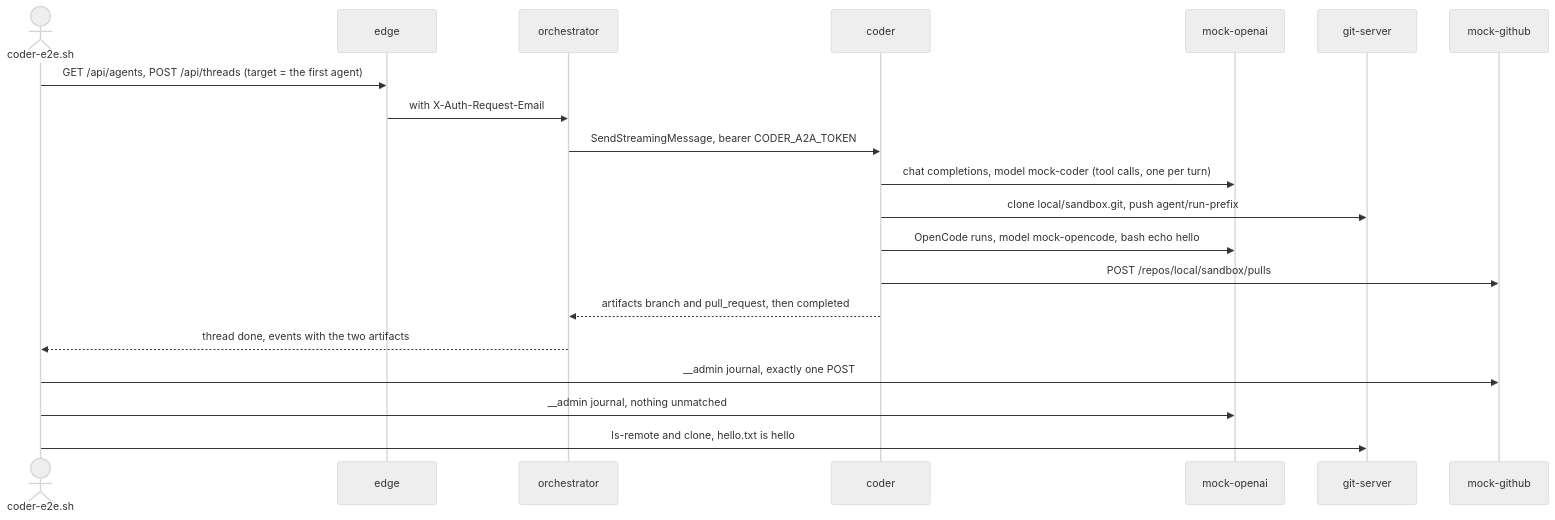
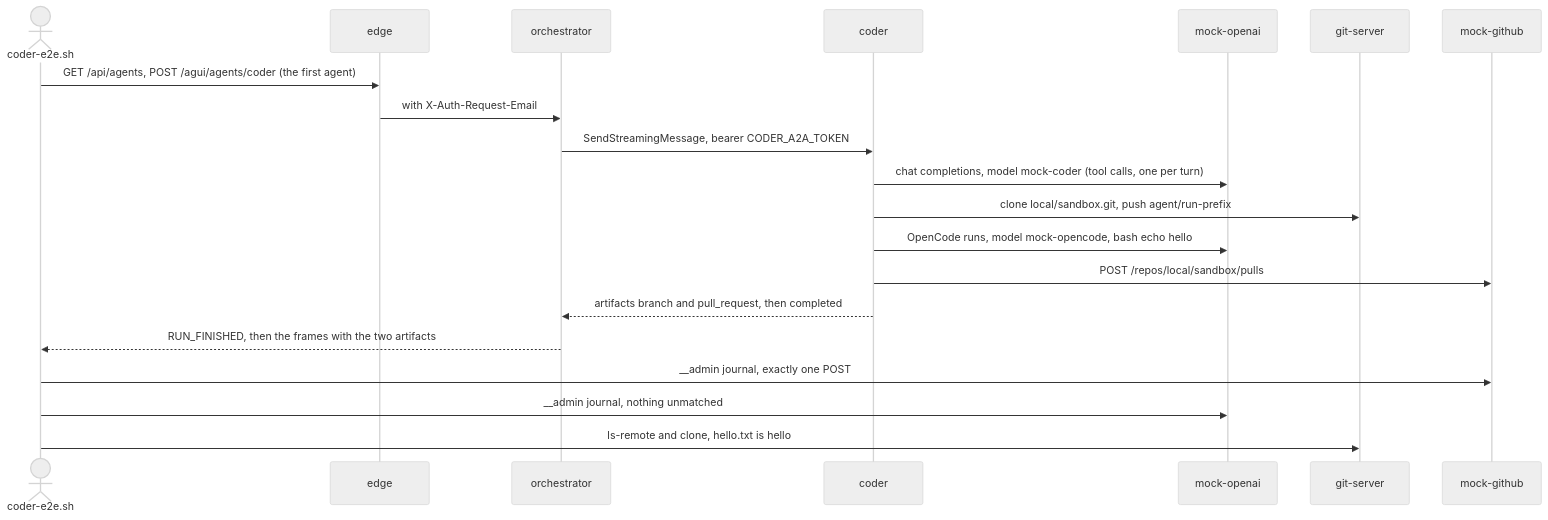
One commit to vymalo/another-agentic-system changed the second of 6 diagrams in dev/README.md. Above: the diagram before and after it, drawn with Mermaid (neutral theme). The commit also changed other lines of this file and 18 other files, not shown here.

````diff
--- a/dev/README.md
+++ b/dev/README.md
@@ -101,22 +101,22 @@
 ```mermaid
 sequenceDiagram
   actor U as coder-e2e.sh
   participant E as edge
   participant O as orchestrator
   participant C as coder
   participant M as mock-openai
   participant G as git-server
   participant H as mock-github
-  U->>E: GET /api/agents, POST /api/threads (target = the first agent)
+  U->>E: GET /api/agents, POST /agui/agents/coder (the first agent)
   E->>O: with X-Auth-Request-Email
   O->>C: SendStreamingMessage, bearer CODER_A2A_TOKEN
   C->>M: chat completions, model mock-coder (tool calls, one per turn)
   C->>G: clone local/sandbox.git, push agent/run-prefix
   C->>M: OpenCode runs, model mock-opencode, bash echo hello
   C->>H: POST /repos/local/sandbox/pulls
   C-->>O: artifacts branch and pull_request, then completed
-  O-->>U: thread done, events with the two artifacts
+  O-->>U: RUN_FINISHED, then the frames with the two artifacts
   U->>H: __admin journal, exactly one POST
   U->>M: __admin journal, nothing unmatched
   U->>G: ls-remote and clone, hello.txt is hello
 ```
````
